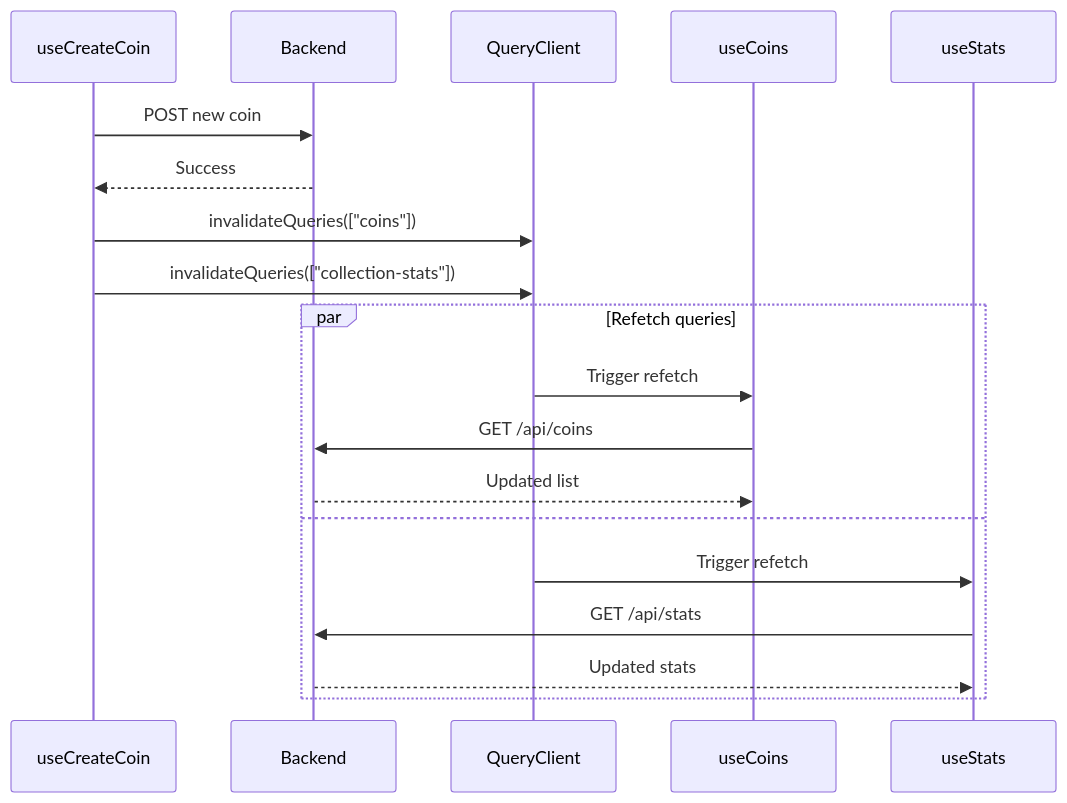
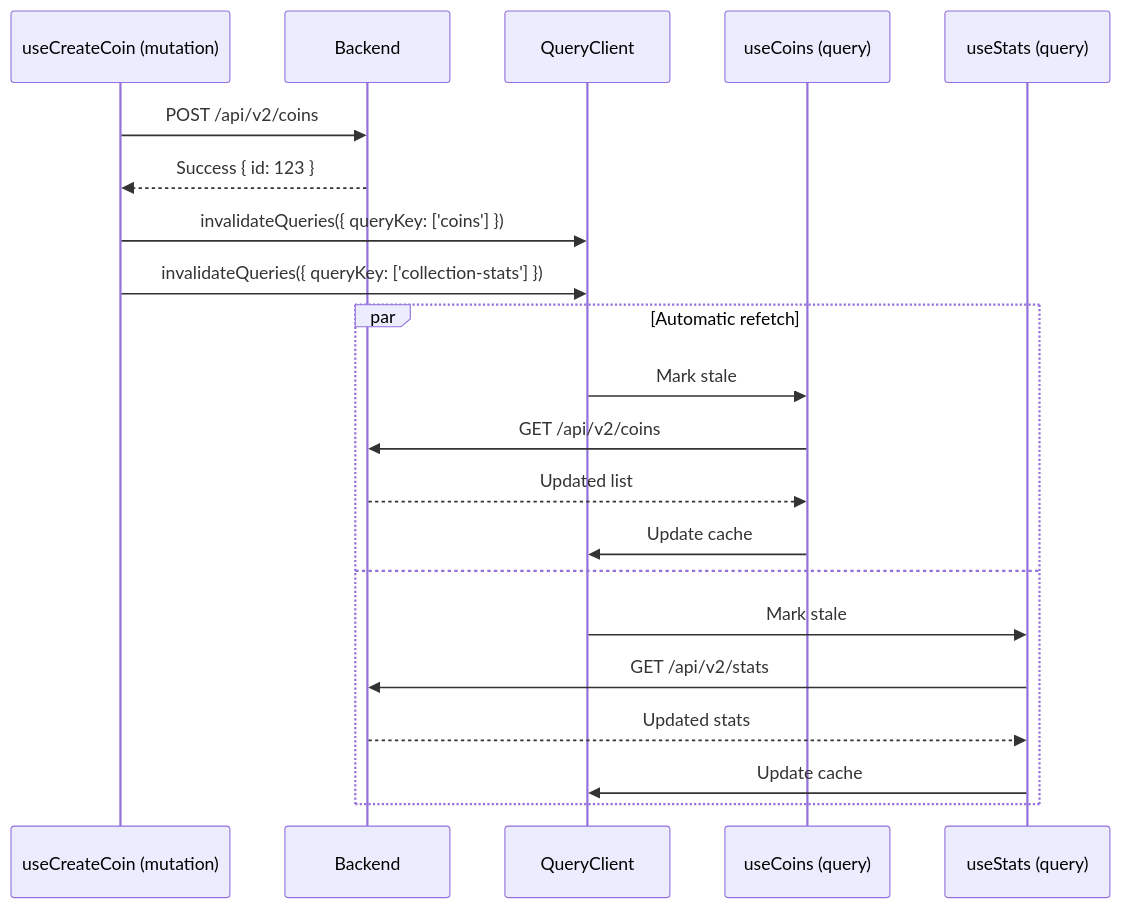
Before and after one commit to isayev/coinstack: diagram 11 of 18 in docs/ai-guide/06-DATA-FLOWS.md, drawn with Mermaid. The commit also changed other lines of this file and 6 other files, not shown here.

````diff
--- a/docs/ai-guide/06-DATA-FLOWS.md
+++ b/docs/ai-guide/06-DATA-FLOWS.md
@@ -468,23 +447,26 @@
 ```mermaid
 sequenceDiagram
-    participant Mutation as useCreateCoin
+    participant Mutation as useCreateCoin (mutation)
     participant API as Backend
     participant Cache as QueryClient
-    participant Query1 as useCoins
-    participant Query2 as useStats
+    participant Query1 as useCoins (query)
+    participant Query2 as useStats (query)
 
-    Mutation->>API: POST new coin
-    API-->>Mutation: Success
-    Mutation->>Cache: invalidateQueries(["coins"])
-    Mutation->>Cache: invalidateQueries(["collection-stats"])
-    
-    par Refetch queries
-        Cache->>Query1: Trigger refetch
-        Query1->>API: GET /api/coins
+    Mutation->>API: POST /api/v2/coins
+    API-->>Mutation: Success { id: 123 }
+
+    Mutation->>Cache: invalidateQueries({ queryKey: ['coins'] })
+    Mutation->>Cache: invalidateQueries({ queryKey: ['collection-stats'] })
+
+    par Automatic refetch
+        Cache->>Query1: Mark stale
+        Query1->>API: GET /api/v2/coins
         API-->>Query1: Updated list
+        Query1->>Cache: Update cache
         and
-        Cache->>Query2: Trigger refetch
-        Query2->>API: GET /api/stats
+        Cache->>Query2: Mark stale
+        Query2->>API: GET /api/v2/stats
         API-->>Query2: Updated stats
+        Query2->>Cache: Update cache
     end
 ```
````
